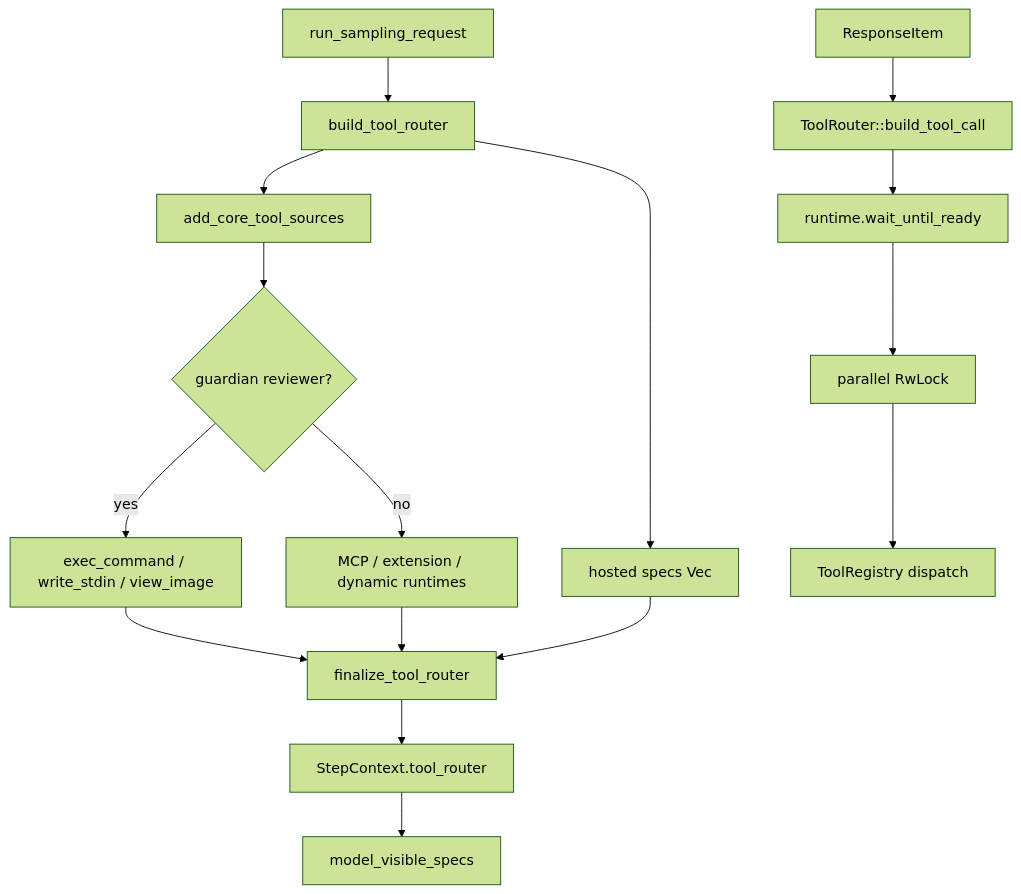
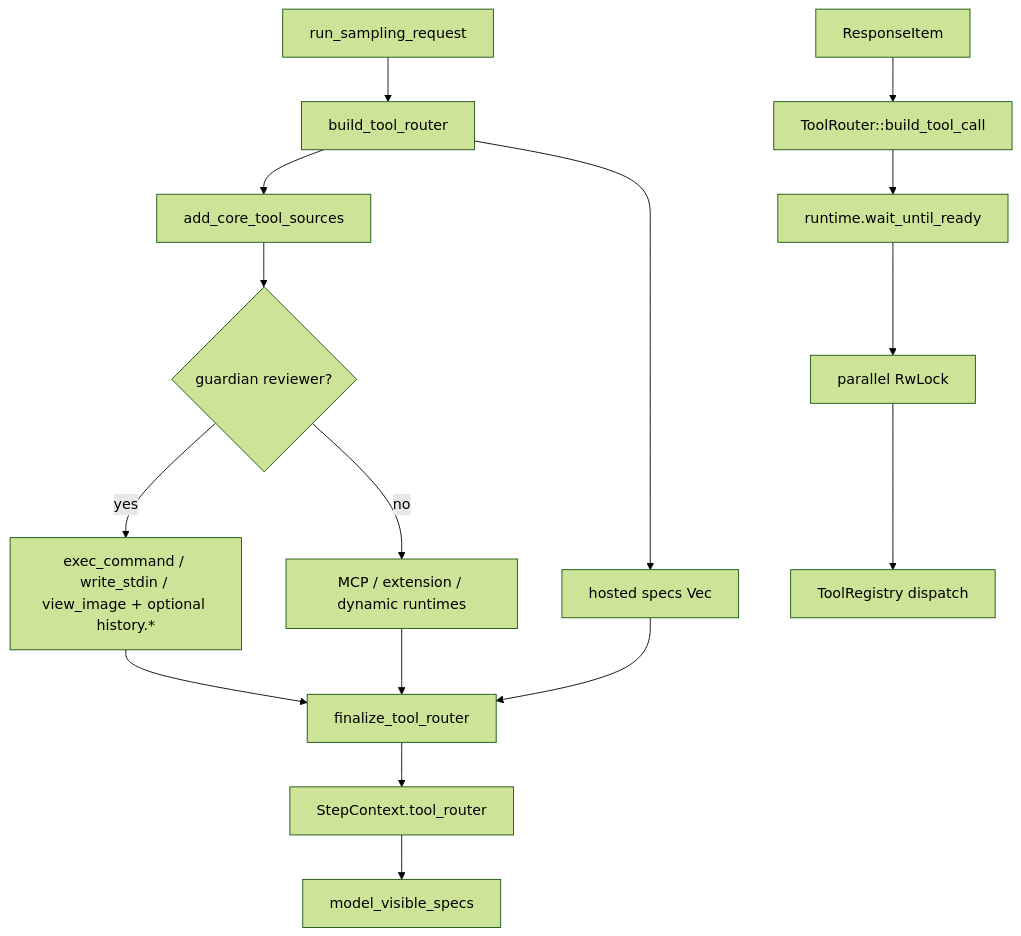
One commit to wdnmdtonyma/SOTA-Agent-LLM-Wiki changed the diagram in docs/llm-wiki/codex/spine/tool-call-anatomy.md. Above: the diagram before and after it, drawn with Mermaid (forest theme). The commit also changed other lines of this file and 151 other files, not shown here.

````diff
--- a/docs/llm-wiki/codex/spine/tool-call-anatomy.md
+++ b/docs/llm-wiki/codex/spine/tool-call-anatomy.md
@@ -16,18 +16,18 @@
 ```mermaid
 flowchart TD
     TURN["run_sampling_request"] --> BUILD["build_tool_router"]
     BUILD --> CORE["add_core_tool_sources"]
     CORE --> REVIEW{"guardian reviewer?"}
-    REVIEW -->|yes| GUARD["exec_command / write_stdin / view_image"]
+    REVIEW -->|yes| GUARD["exec_command / write_stdin / view_image + optional history.*"]
     REVIEW -->|no| EXTRA["MCP / extension / dynamic runtimes"]
     BUILD --> HOSTED["hosted specs Vec"]
     EXTRA --> FINAL["finalize_tool_router"]
     HOSTED --> FINAL
     GUARD --> FINAL
     FINAL --> STEP["StepContext.tool_router"]
     STEP --> PROMPT["model_visible_specs"]
     MODEL["ResponseItem"] --> CALL["ToolRouter::build_tool_call"]
     CALL --> READY["runtime.wait_until_ready"]
     READY --> GATE["parallel RwLock"]
     GATE --> DISPATCH["ToolRegistry dispatch"]
 ```
````
